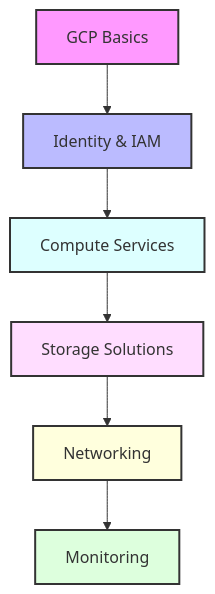
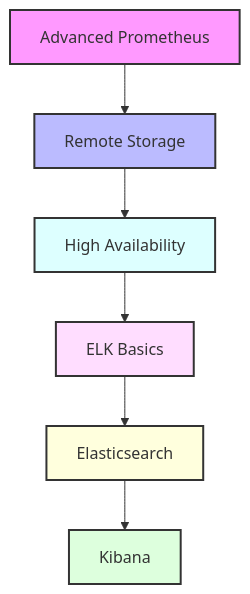
The diagram in days/day-11/README.md (dbsectrainer/devOps_tools), drawn with Mermaid before and after one commit. The commit also changed other lines of this file and 35 other files, not shown here.

````diff
--- a/days/day-11/README.md
+++ b/days/day-11/README.md
@@ -6,15 +8,15 @@
 ```mermaid
 graph TD
-    A[GCP Basics] --> B[Identity & IAM]
-    B --> C[Compute Services]
-    C --> D[Storage Solutions]
-    D --> E[Networking]
-    E --> F[Monitoring]
+    A[Advanced Prometheus] --> B[Remote Storage]
+    B --> C[High Availability]
+    C --> D[ELK Basics]
+    D --> E[Elasticsearch]
+    E --> F[Kibana]
 
     style A fill:#f9f,stroke:#333,stroke-width:2px
     style B fill:#bbf,stroke:#333,stroke-width:2px
     style C fill:#dff,stroke:#333,stroke-width:2px
     style D fill:#fdf,stroke:#333,stroke-width:2px
     style E fill:#ffd,stroke:#333,stroke-width:2px
     style F fill:#dfd,stroke:#333,stroke-width:2px
 ```
````
